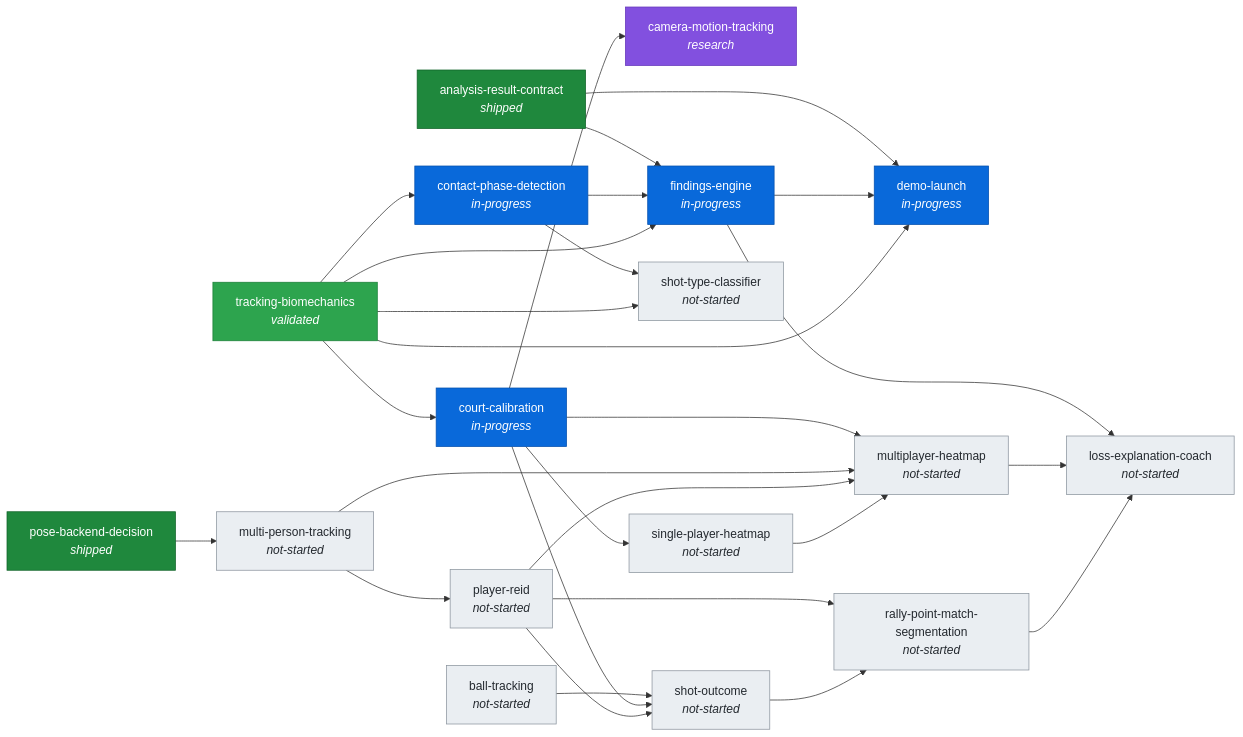
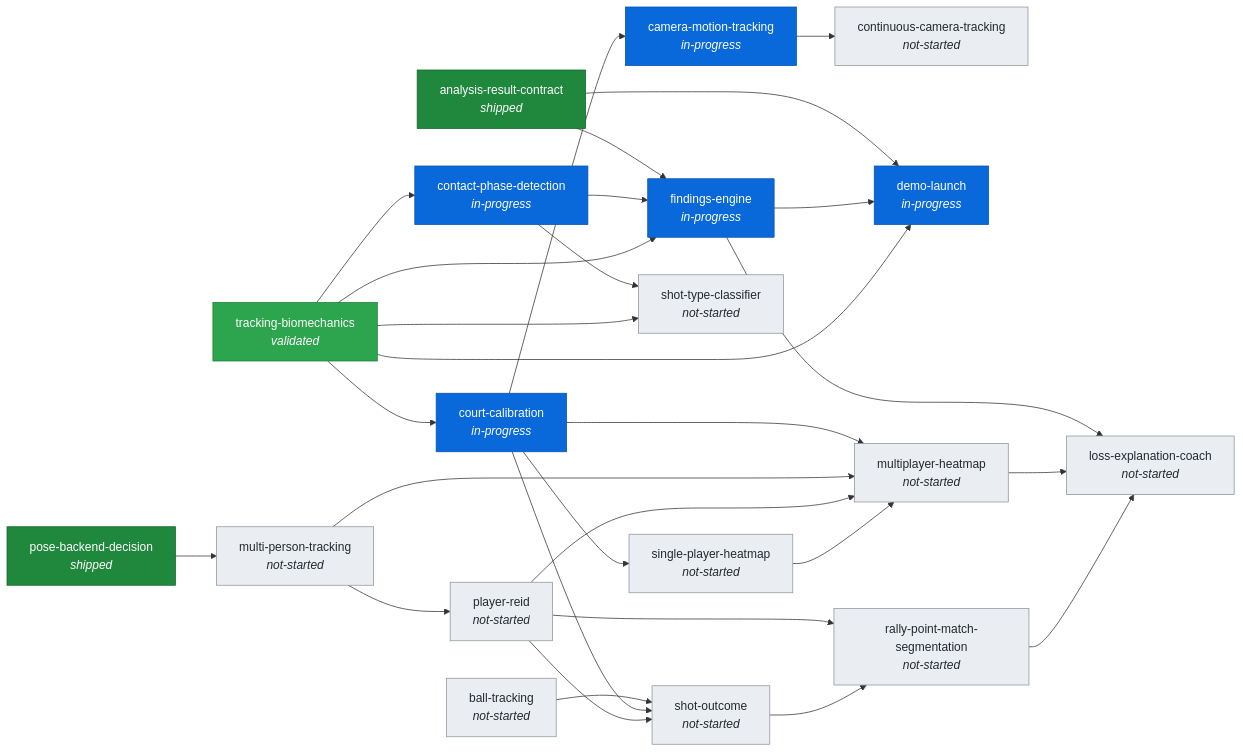
Before and after one commit to imaad0701-coder/SquashAI: the diagram in docs/ROADMAP.md, drawn with Mermaid. The commit also changed other lines of this file and 10 other files, not shown here.

First line of the commit message:
Court capabilities: per-swing positions near the anchor; whole-clip needs static camera

````diff
--- a/docs/ROADMAP.md
+++ b/docs/ROADMAP.md
@@ -12,57 +12,58 @@
 ```mermaid
 graph LR
     analysis_result_contract["analysis-result-contract<br/><i>shipped</i>"]
     ball_tracking["ball-tracking<br/><i>not-started</i>"]
-    camera_motion_tracking["camera-motion-tracking<br/><i>research</i>"]
+    camera_motion_tracking["camera-motion-tracking<br/><i>in-progress</i>"]
     contact_phase_detection["contact-phase-detection<br/><i>in-progress</i>"]
+    continuous_camera_tracking["continuous-camera-tracking<br/><i>not-started</i>"]
     court_calibration["court-calibration<br/><i>in-progress</i>"]
     demo_launch["demo-launch<br/><i>in-progress</i>"]
     findings_engine["findings-engine<br/><i>in-progress</i>"]
     loss_explanation_coach["loss-explanation-coach<br/><i>not-started</i>"]
     multi_person_tracking["multi-person-tracking<br/><i>not-started</i>"]
     multiplayer_heatmap["multiplayer-heatmap<br/><i>not-started</i>"]
     player_reid["player-reid<br/><i>not-started</i>"]
     pose_backend_decision["pose-backend-decision<br/><i>shipped</i>"]
     rally_point_match_segmentation["rally-point-match-segmentation<br/><i>not-started</i>"]
     shot_outcome["shot-outcome<br/><i>not-started</i>"]
     shot_type_classifier["shot-type-classifier<br/><i>not-started</i>"]
     single_player_heatmap["single-player-heatmap<br/><i>not-started</i>"]
     tracking_biomechanics["tracking-biomechanics<br/><i>validated</i>"]
     court_calibration --> camera_motion_tracking
     tracking_biomechanics --> contact_phase_detection
+    camera_motion_tracking --> continuous_camera_tracking
     tracking_biomechanics --> court_calibration
     analysis_result_contract --> demo_launch
     findings_engine --> demo_launch
     tracking_biomechanics --> demo_launch
     analysis_result_contract --> findings_engine
     contact_phase_detection --> findings_engine
     tracking_biomechanics --> findings_engine
     findings_engine --> loss_explanation_coach
     multiplayer_heatmap --> loss_explanation_coach
     rally_point_match_segmentation --> loss_explanation_coach
     pose_backend_decision --> multi_person_tracking
     court_calibration --> multiplayer_heatmap
     multi_person_tracking --> multiplayer_heatmap
     player_reid --> multiplayer_heatmap
     single_player_heatmap --> multiplayer_heatmap
     multi_person_tracking --> player_reid
     player_reid --> rally_point_match_segmentation
     shot_outcome --> rally_point_match_segmentation
     ball_tracking --> shot_outcome
     court_calibration --> shot_outcome
     player_reid --> shot_outcome
     contact_phase_detection --> shot_type_classifier
     tracking_biomechanics --> shot_type_classifier
     court_calibration --> single_player_heatmap
     classDef shipped fill:#1f883d,stroke:#116329,color:#ffffff
     classDef validated fill:#2da44e,stroke:#1a7f37,color:#ffffff
     classDef in_progress fill:#0969da,stroke:#0550ae,color:#ffffff
     classDef research fill:#8250df,stroke:#6639ba,color:#ffffff
     classDef blocked fill:#cf222e,stroke:#a40e26,color:#ffffff
     classDef not_started fill:#eaeef2,stroke:#8c959f,color:#24292f
     class analysis_result_contract,pose_backend_decision shipped
     class tracking_biomechanics validated
-    class contact_phase_detection,court_calibration,demo_launch,findings_engine in_progress
-    class camera_motion_tracking research
-    class ball_tracking,loss_explanation_coach,multi_person_tracking,multiplayer_heatmap,player_reid,rally_point_match_segmentation,shot_outcome,shot_type_classifier,single_player_heatmap not_started
+    class camera_motion_tracking,contact_phase_detection,court_calibration,demo_launch,findings_engine in_progress
+    class ball_tracking,continuous_camera_tracking,loss_explanation_coach,multi_person_tracking,multiplayer_heatmap,player_reid,rally_point_match_segmentation,shot_outcome,shot_type_classifier,single_player_heatmap not_started
 ```
````
